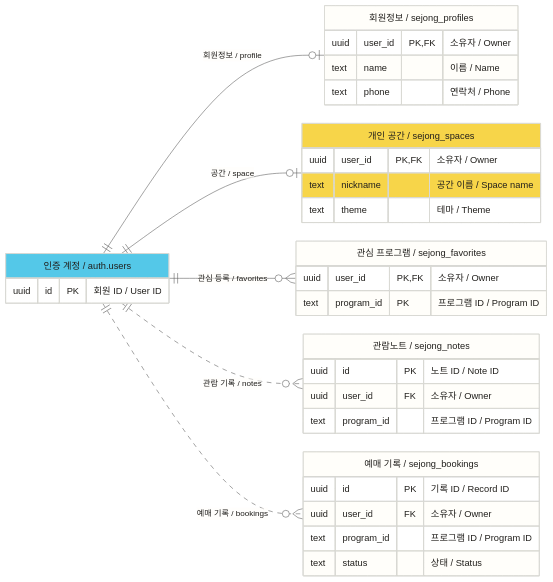
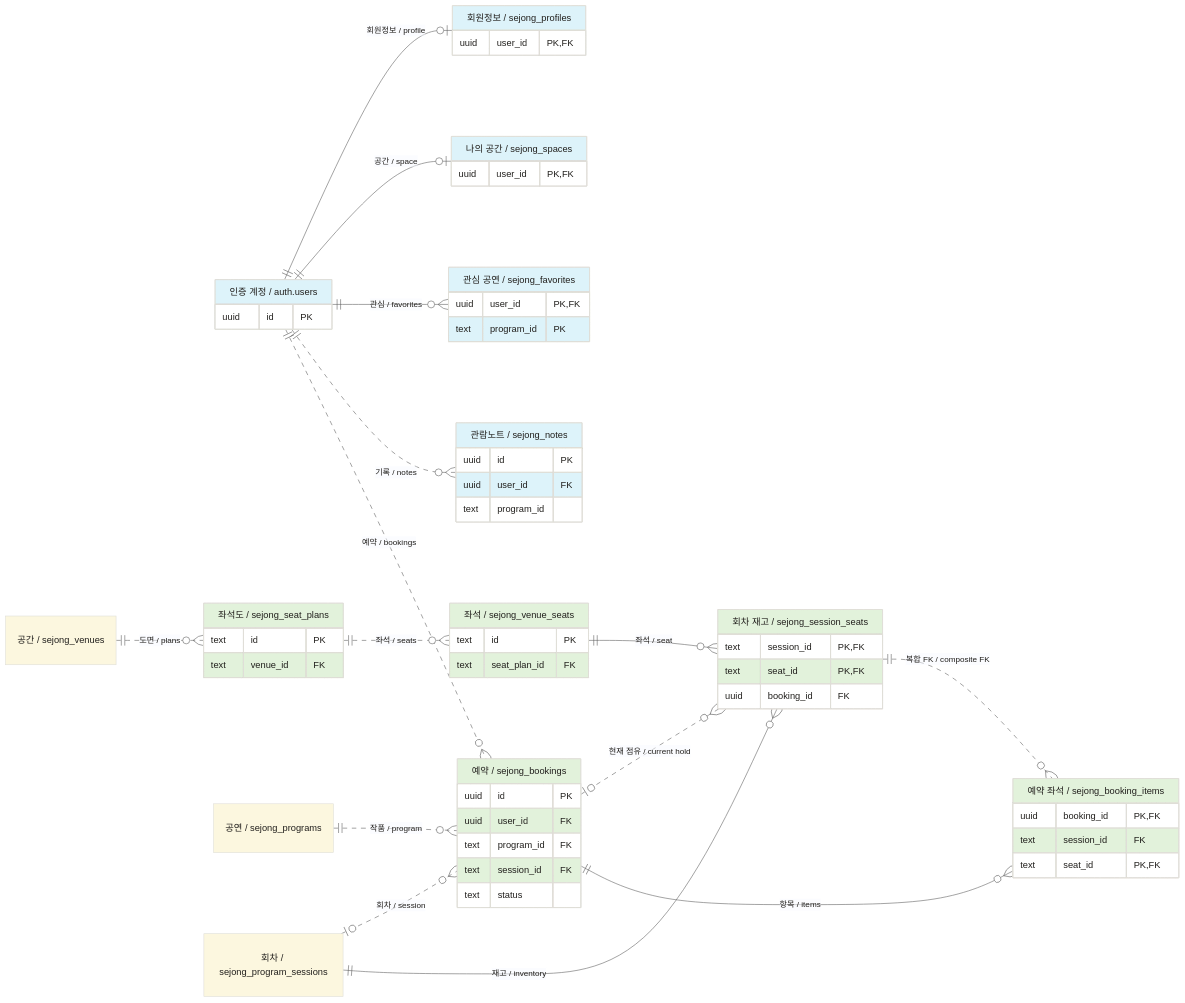
The second of 3 diagrams in README.md (hslcrb/resejongnewpac-himedia), drawn with Mermaid before and after one commit. The commit also changed other lines of this file and 3 other files, not shown here.

````diff
--- a/README.md
+++ b/README.md
@@ -65,47 +176,71 @@
 ```mermaid
-%%{init: {"theme":"base","er":{"nodeSpacing":32,"rankSpacing":96,"fontSize":16},"themeVariables":{"fontFamily":"system-ui, sans-serif","fontSize":"16px","primaryColor":"#FFFEFA","primaryTextColor":"#211F1C","primaryBorderColor":"#D9D9D4","lineColor":"#626262","secondaryColor":"#F7F7F5","tertiaryColor":"#FFFEFA"}}}%%
+%%{init: {"theme":"base","themeVariables":{"fontFamily":"system-ui, sans-serif","primaryTextColor":"#211F1C","lineColor":"#626262","primaryBorderColor":"#DFDED7"}}}%%
 erDiagram
     direction LR
-
-    AUTH_USERS["인증 계정 / auth.users"] {
-        uuid id PK "회원 ID / User ID"
+    USERS["인증 계정 / auth.users"] {
+        uuid id PK
     }
-    SEJONG_PROFILES["회원정보 / sejong_profiles"] {
-        uuid user_id PK, FK "소유자 / Owner"
-        text name "이름 / Name"
-        text phone "연락처 / Phone"
+    PROFILES["회원정보 / sejong_profiles"] {
+        uuid user_id PK,FK
     }
-    SEJONG_SPACES["개인 공간 / sejong_spaces"] {
-        uuid user_id PK, FK "소유자 / Owner"
-        text nickname "공간 이름 / Space name"
-        text theme "테마 / Theme"
+    SPACES["나의 공간 / sejong_spaces"] {
+        uuid user_id PK,FK
     }
-    SEJONG_FAVORITES["관심 프로그램 / sejong_favorites"] {
-        uuid user_id PK, FK "소유자 / Owner"
-        text program_id PK "프로그램 ID / Program ID"
+    FAVORITES["관심 공연 / sejong_favorites"] {
+        uuid user_id PK,FK
+        text program_id PK
     }
-    SEJONG_NOTES["관람노트 / sejong_notes"] {
-        uuid id PK "노트 ID / Note ID"
-        uuid user_id FK "소유자 / Owner"
-        text program_id "프로그램 ID / Program ID"
+    NOTES["관람노트 / sejong_notes"] {
+        uuid id PK
+        uuid user_id FK
+        text program_id
     }
-    SEJONG_BOOKINGS["예매 기록 / sejong_bookings"] {
-        uuid id PK "기록 ID / Record ID"
-        uuid user_id FK "소유자 / Owner"
-        text program_id "프로그램 ID / Program ID"
-        text status "상태 / Status"
+    BOOKINGS["예약 / sejong_bookings"] {
+        uuid id PK
+        uuid user_id FK
+        text program_id FK
+        text session_id FK
+        text status
     }
-
-    AUTH_USERS ||--o| SEJONG_PROFILES : "회원정보 / profile"
-    AUTH_USERS ||--o| SEJONG_SPACES : "공간 / space"
-    AUTH_USERS ||--o{ SEJONG_FAVORITES : "관심 등록 / favorites"
-    AUTH_USERS ||..o{ SEJONG_NOTES : "관람 기록 / notes"
-    AUTH_USERS ||..o{ SEJONG_BOOKINGS : "예매 기록 / bookings"
-
-    classDef identity fill:#54C8E8,stroke:#D9D9D4,color:#211F1C
-    classDef space fill:#F7D549,stroke:#D9D9D4,color:#211F1C
-    classDef record fill:#FFFEFA,stroke:#D9D9D4,color:#211F1C
-    class AUTH_USERS identity
-    class SEJONG_SPACES space
-    class SEJONG_PROFILES,SEJONG_FAVORITES,SEJONG_NOTES,SEJONG_BOOKINGS record
+    PLANS["좌석도 / sejong_seat_plans"] {
+        text id PK
+        text venue_id FK
+    }
+    SEATS["좌석 / sejong_venue_seats"] {
+        text id PK
+        text seat_plan_id FK
+    }
+    STOCK["회차 재고 / sejong_session_seats"] {
+        text session_id PK,FK
+        text seat_id PK,FK
+        uuid booking_id FK
+    }
+    ITEMS["예약 좌석 / sejong_booking_items"] {
+        uuid booking_id PK,FK
+        text session_id FK
+        text seat_id PK,FK
+    }
+    VENUES["공간 / sejong_venues"]
+    PROGRAMS["공연 / sejong_programs"]
+    SESSIONS["회차 / sejong_program_sessions"]
+    USERS ||--o| PROFILES : "회원정보 / profile"
+    USERS ||--o| SPACES : "공간 / space"
+    USERS ||--o{ FAVORITES : "관심 / favorites"
+    USERS ||..o{ NOTES : "기록 / notes"
+    USERS ||..o{ BOOKINGS : "예약 / bookings"
+    VENUES ||..o{ PLANS : "도면 / plans"
+    PLANS ||..o{ SEATS : "좌석 / seats"
+    PROGRAMS ||..o{ BOOKINGS : "작품 / program"
+    SESSIONS o|..o{ BOOKINGS : "회차 / session"
+    SESSIONS ||--o{ STOCK : "재고 / inventory"
+    SEATS ||--o{ STOCK : "좌석 / seat"
+    BOOKINGS o|..o{ STOCK : "현재 점유 / current hold"
+    BOOKINGS ||--o{ ITEMS : "항목 / items"
+    STOCK ||..o{ ITEMS : "복합 FK / composite FK"
+    classDef member fill:#DDF3FA,stroke:#DFDED7,color:#211F1C
+    classDef content fill:#FCF7DF,stroke:#DFDED7,color:#211F1C
+    classDef transaction fill:#E2F2DB,stroke:#DFDED7,color:#211F1C
+    class USERS,PROFILES,SPACES,FAVORITES,NOTES member
+    class VENUES,PROGRAMS,SESSIONS content
+    class BOOKINGS,PLANS,SEATS,STOCK,ITEMS transaction
 ```
````
